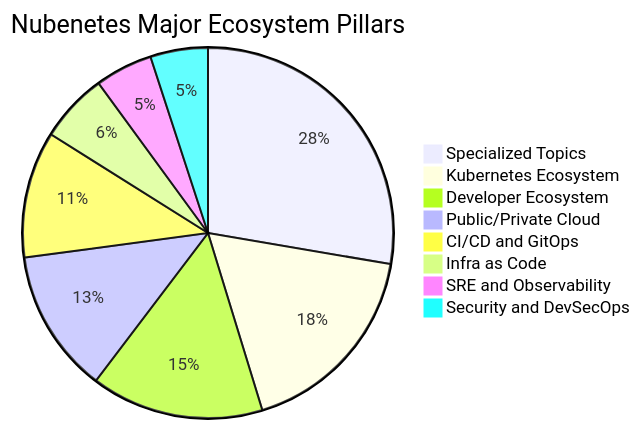
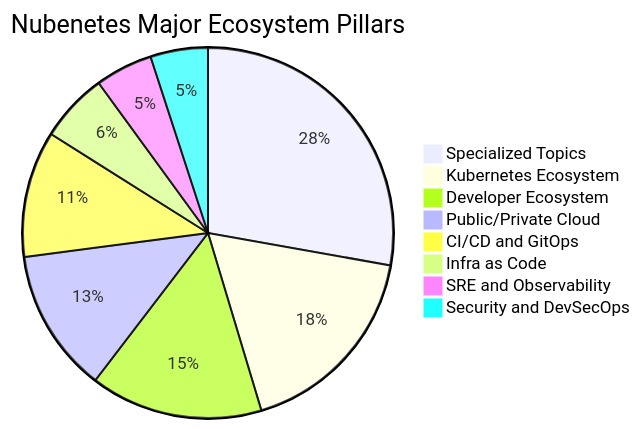
The second of 14 diagrams in README.md (nubenetes/awesome-kubernetes), drawn with Mermaid before and after one commit. The commit also changed other lines of this file and 184 other files, not shown here.

````diff
--- a/README.md
+++ b/README.md
@@ -308,11 +308,11 @@
 ```mermaid
 pie title Nubenetes Major Ecosystem Pillars
-    "Specialized Topics" : 5514
+    "Specialized Topics" : 5545
     "Kubernetes Ecosystem" : 3500
     "Developer Ecosystem" : 3000
     "Public/Private Cloud" : 2500
     "CI/CD and GitOps" : 2200
     "Infra as Code" : 1200
     "SRE and Observability" : 1000
     "Security and DevSecOps" : 1000
 ```
````
